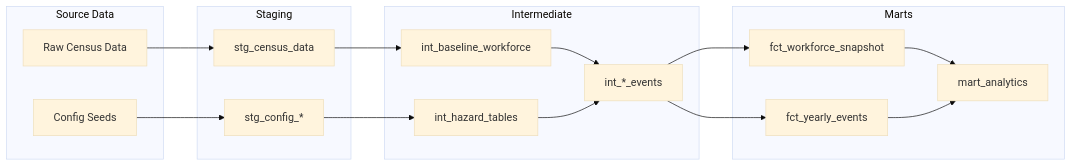
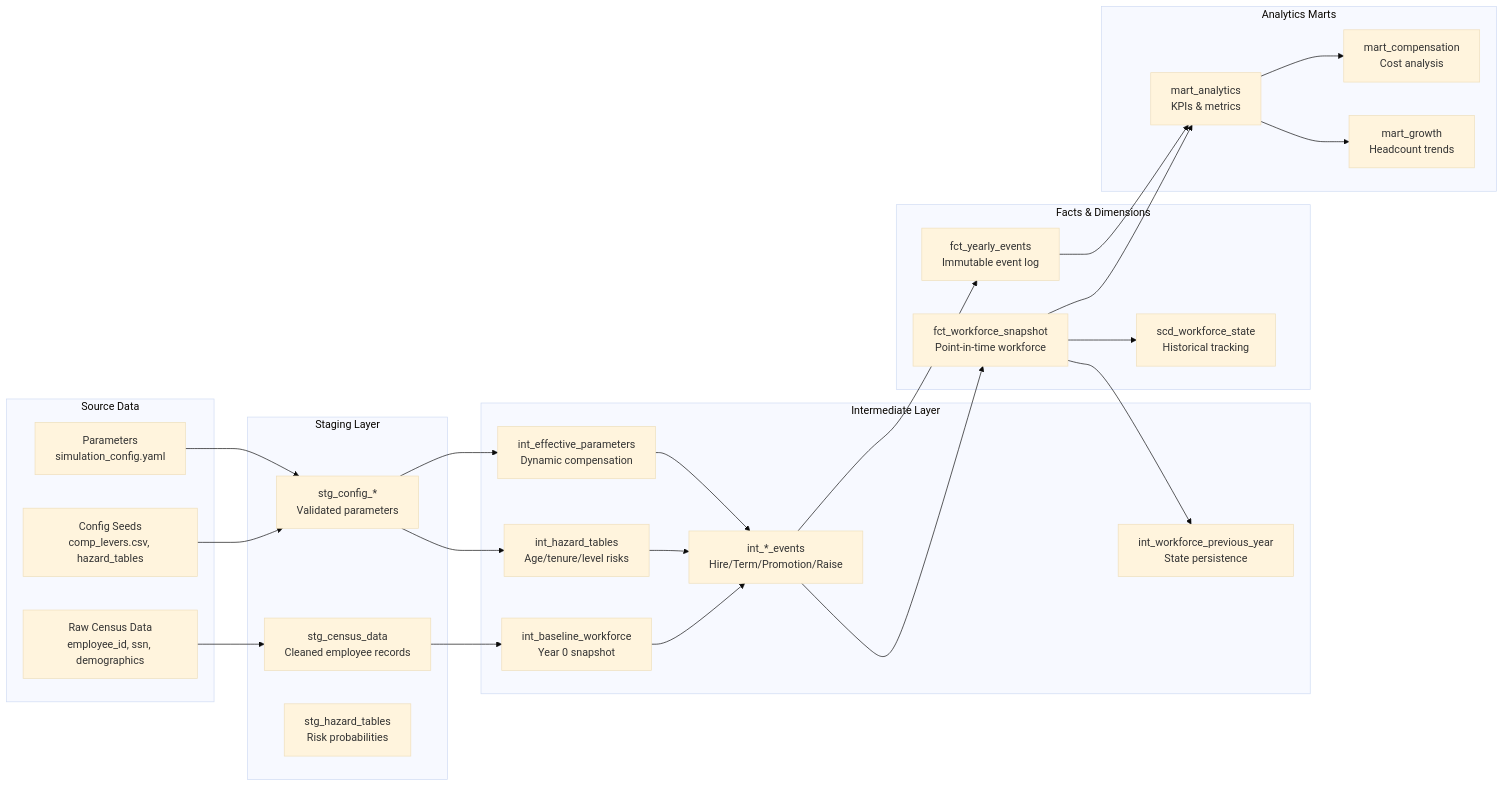
One commit to crzyc98/planwise_navigator changed the second of 6 diagrams in docs/requirements/prd_v3_1.md. Above: the diagram before and after it, drawn with Mermaid (base theme). The commit also changed other lines of this file and 12 other files, not shown here.

````diff
--- a/docs/requirements/prd_v3_1.md
+++ b/docs/requirements/prd_v3_1.md
@@ -99,35 +99,52 @@
 ```mermaid
 graph LR
     subgraph "Source Data"
-        R[Raw Census Data]
-        C[Config Seeds]
+        R[Raw Census Data<br/>employee_id, ssn, demographics]
+        C[Config Seeds<br/>comp_levers.csv, hazard_tables]
+        P[Parameters<br/>simulation_config.yaml]
     end
 
-    subgraph "Staging"
-        S[stg_census_data]
-        SC[stg_config_*]
+    subgraph "Staging Layer"
+        S[stg_census_data<br/>Cleaned employee records]
+        SC[stg_config_*<br/>Validated parameters]
+        SH[stg_hazard_tables<br/>Risk probabilities]
     end
 
-    subgraph "Intermediate"
-        IB[int_baseline_workforce]
-        IH[int_hazard_tables]
-        IE[int_*_events]
+    subgraph "Intermediate Layer"
+        IB[int_baseline_workforce<br/>Year 0 snapshot]
+        IH[int_hazard_tables<br/>Age/tenure/level risks]
+        IP[int_effective_parameters<br/>Dynamic compensation]
+        IE[int_*_events<br/>Hire/Term/Promotion/Raise]
+        IW[int_workforce_previous_year<br/>State persistence]
     end
 
-    subgraph "Marts"
-        FW[fct_workforce_snapshot]
-        FE[fct_yearly_events]
-        MA[mart_analytics]
+    subgraph "Facts & Dimensions"
+        FW[fct_workforce_snapshot<br/>Point-in-time workforce]
+        FE[fct_yearly_events<br/>Immutable event log]
+        SCD[scd_workforce_state<br/>Historical tracking]
+    end
+
+    subgraph "Analytics Marts"
+        MA[mart_analytics<br/>KPIs & metrics]
+        MC[mart_compensation<br/>Cost analysis]
+        MG[mart_growth<br/>Headcount trends]
     end
 
     R --> S
     C --> SC
+    P --> SC
     S --> IB
     SC --> IH
+    SC --> IP
     IB --> IE
     IH --> IE
+    IP --> IE
     IE --> FW
     IE --> FE
+    FW --> SCD
+    FW --> IW
     FW --> MA
     FE --> MA
+    MA --> MC
+    MA --> MG
 ```
````
